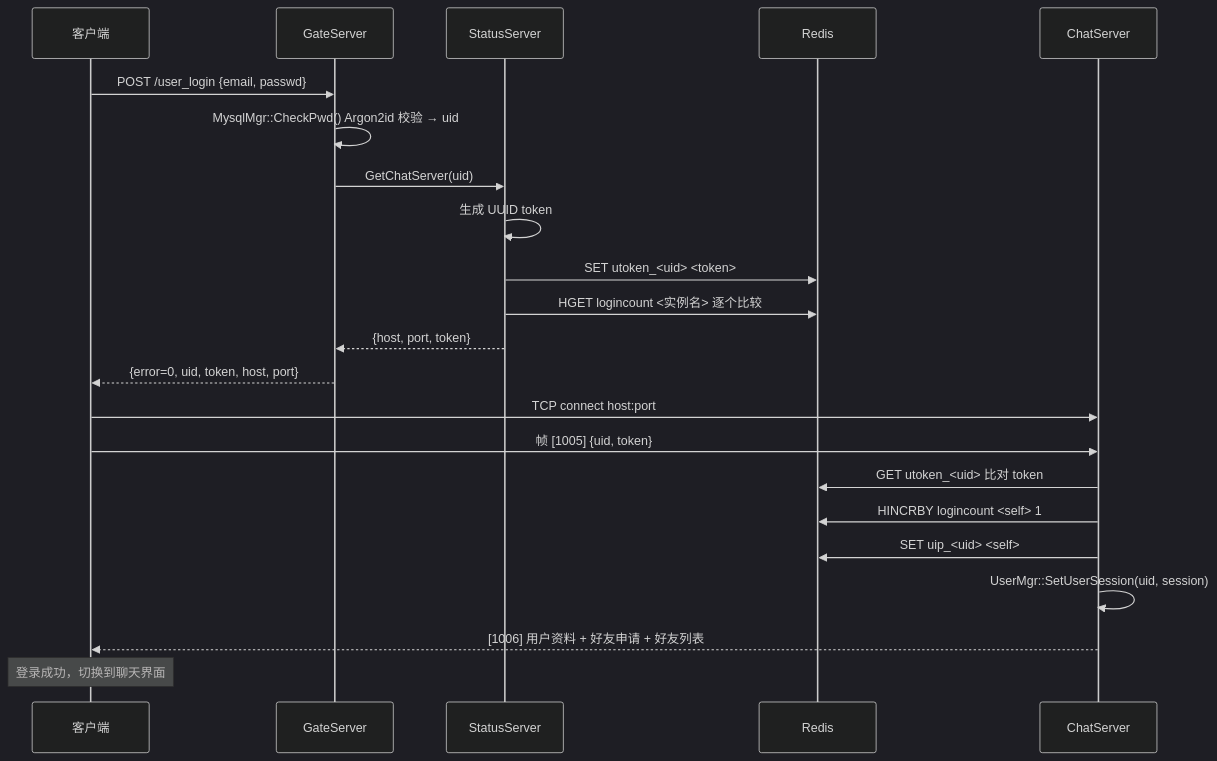
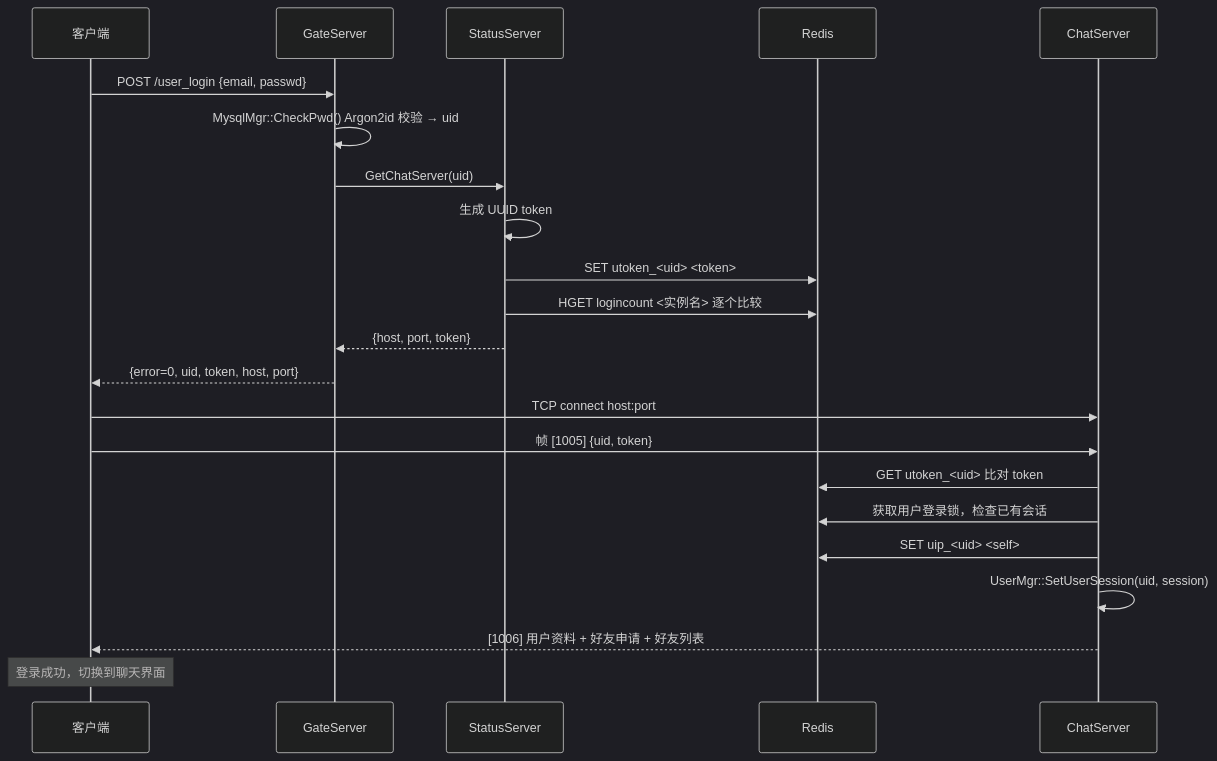
The third of 5 diagrams in docs/01-architecture.md (yrc920/xiguchat), drawn with Mermaid (dark theme) before and after one commit. The commit also changed other lines of this file and 65 other files, not shown here.

````diff
--- a/docs/01-architecture.md
+++ b/docs/01-architecture.md
@@ -124,26 +124,26 @@
 ```mermaid
 sequenceDiagram
     participant C as 客户端
     participant G as GateServer
     participant S as StatusServer
     participant R as Redis
     participant CS as ChatServer
 
     C->>G: POST /user_login {email, passwd}
     G->>G: MysqlMgr::CheckPwd() Argon2id 校验 → uid
     G->>S: GetChatServer(uid)
     S->>S: 生成 UUID token
     S->>R: SET utoken_#lt;uid#gt; #lt;token#gt;
     S->>R: HGET logincount #lt;实例名#gt; 逐个比较
     S-->>G: {host, port, token}
     G-->>C: {error=0, uid, token, host, port}
 
     C->>CS: TCP connect host:port
     C->>CS: 帧 [1005] {uid, token}
     CS->>R: GET utoken_#lt;uid#gt; 比对 token
-    CS->>R: HINCRBY logincount #lt;self#gt; 1
+    CS->>R: 获取用户登录锁，检查已有会话
     CS->>R: SET uip_#lt;uid#gt; #lt;self#gt;
     CS->>CS: UserMgr::SetUserSession(uid, session)
     CS-->>C: [1006] 用户资料 + 好友申请 + 好友列表
     Note over C: 登录成功，切换到聊天界面
 ```
````
